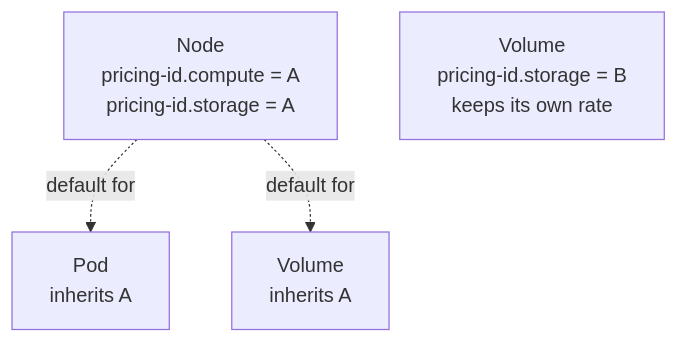
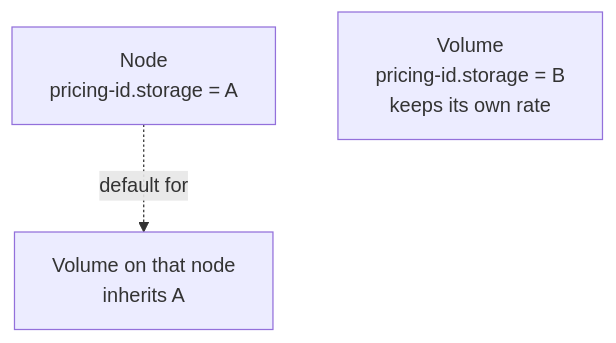
The second of 3 diagrams in costgraph/operator/on-prem-pricing.mdx (baselinehq/mintlify-docs), drawn with Mermaid before and after one commit. The commit also changed other lines of this file, not shown here.

````diff
--- a/costgraph/operator/on-prem-pricing.mdx
+++ b/costgraph/operator/on-prem-pricing.mdx
@@ -115,7 +115,6 @@
 ```mermaid
 flowchart TD
-  N["Node<br/>pricing-id.compute = A<br/>pricing-id.storage = A"]
-  N -.->|default for| POD["Pod<br/>inherits A"]
-  N -.->|default for| PV["Volume<br/>inherits A"]
+  N["Node<br/>pricing-id.storage = A"]
+  N -.->|default for| PV["Volume on that node<br/>inherits A"]
   PV2["Volume<br/>pricing-id.storage = B<br/>keeps its own rate"]
 ```
````
